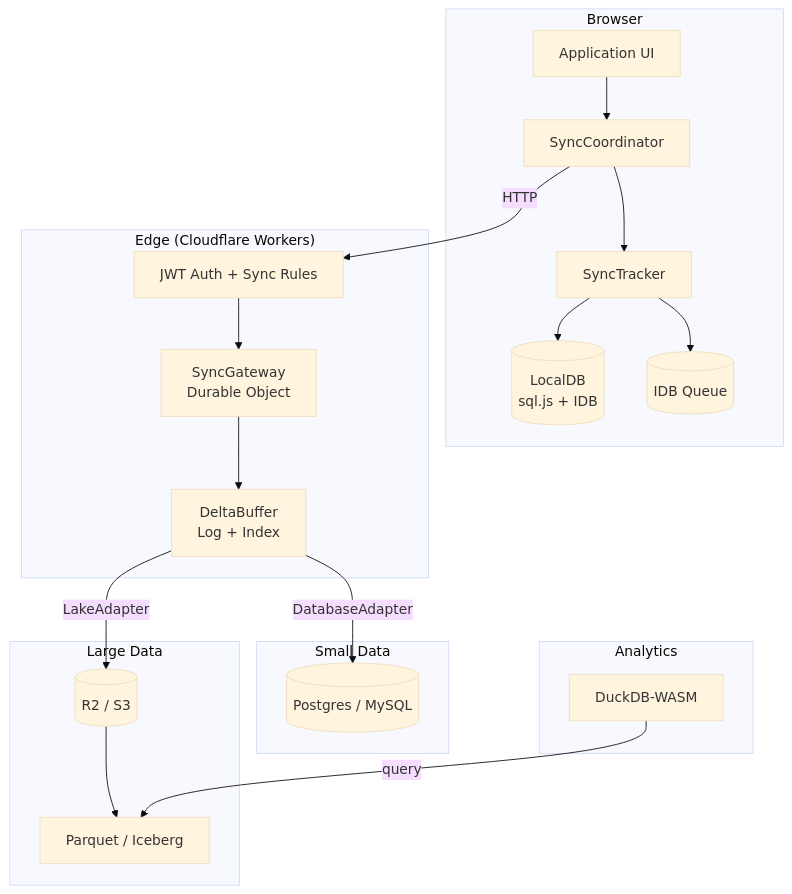
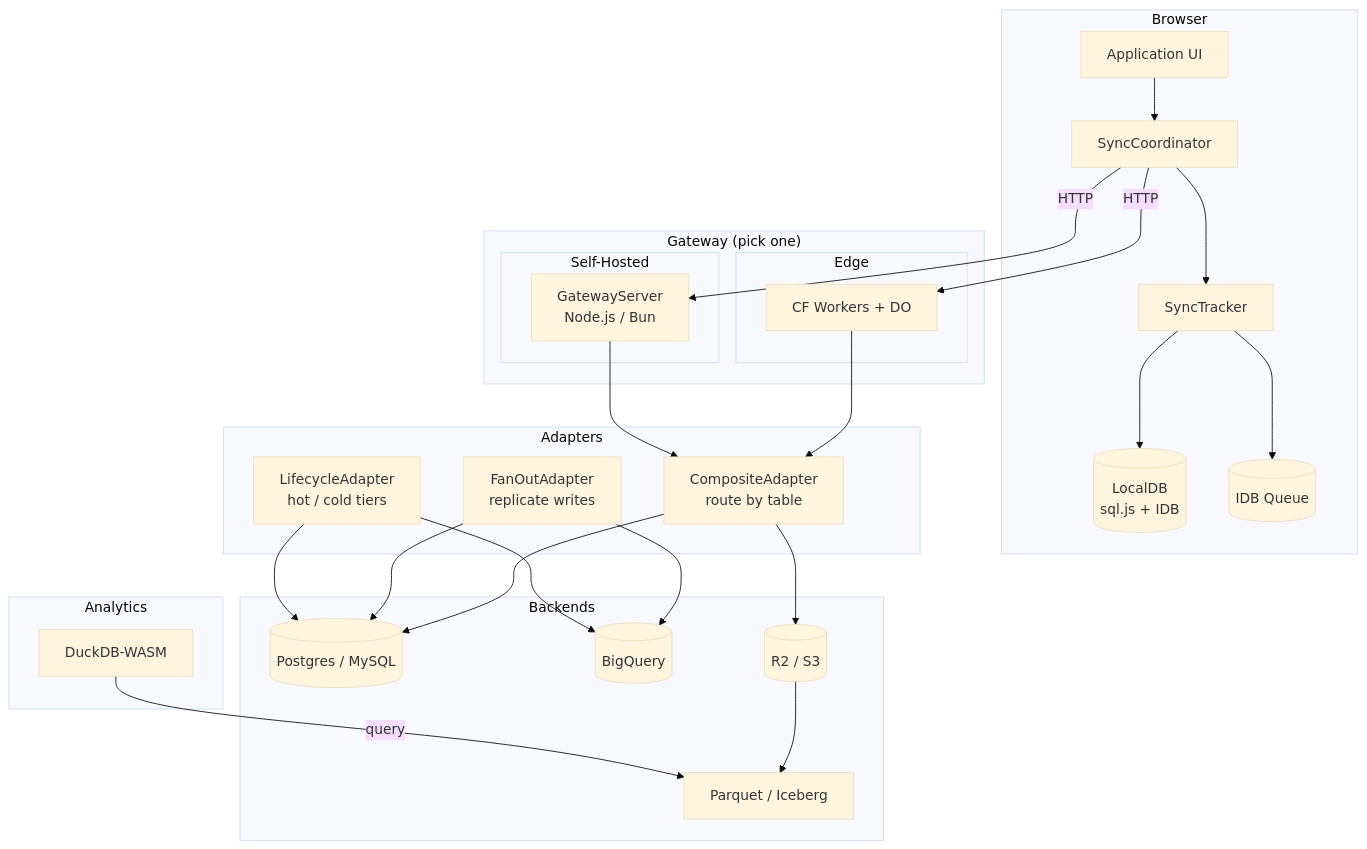
The fourth of 4 diagrams in README.md (radekdymacz/lakesync), drawn with Mermaid (base theme) before and after one commit. The commit also changed other lines of this file and 20 other files, not shown here.

First line of the commit message:
feat(phase-7-8): table sharding, self-hosted gateway, fan-out + lifecycle adapters

````diff
--- a/README.md
+++ b/README.md
@@ -198,41 +248,53 @@
 ```mermaid
 graph TB
     subgraph "Browser"
         UI[Application UI]
         SC[SyncCoordinator]
         ST[SyncTracker]
         DB[(LocalDB<br/>sql.js + IDB)]
         Q[(IDB Queue)]
     end
 
-    subgraph "Edge (Cloudflare Workers)"
-        GW[SyncGateway<br/>Durable Object]
-        BUF[DeltaBuffer<br/>Log + Index]
-        AUTH[JWT Auth + Sync Rules]
+    subgraph "Gateway (pick one)"
+        subgraph "Edge"
+            CF[CF Workers + DO]
+        end
+        subgraph "Self-Hosted"
+            SH[GatewayServer<br/>Node.js / Bun]
+        end
     end
 
-    subgraph "Small Data"
+    subgraph "Backends"
         PG[(Postgres / MySQL)]
+        BQ[(BigQuery)]
+        R2[(R2 / S3)]
+        PQ[Parquet / Iceberg]
     end
 
-    subgraph "Large Data"
-        R2[(R2 / S3)]
-        PQ[Parquet / Iceberg]
+    subgraph "Adapters"
+        COMP[CompositeAdapter<br/>route by table]
+        FAN[FanOutAdapter<br/>replicate writes]
+        LIFE[LifecycleAdapter<br/>hot / cold tiers]
     end
 
     subgraph "Analytics"
         DDB[DuckDB-WASM]
     end
 
     UI --> SC
     SC --> ST
     ST --> DB
     ST --> Q
-    SC -->|HTTP| AUTH
-    AUTH --> GW
-    GW --> BUF
-    BUF -->|DatabaseAdapter| PG
-    BUF -->|LakeAdapter| R2
+    SC -->|HTTP| CF
+    SC -->|HTTP| SH
+    CF --> COMP
+    SH --> COMP
+    COMP --> PG
+    COMP --> R2
+    FAN --> PG
+    FAN --> BQ
+    LIFE --> PG
+    LIFE --> BQ
     R2 --> PQ
     DDB -->|query| PQ
 ```
````
